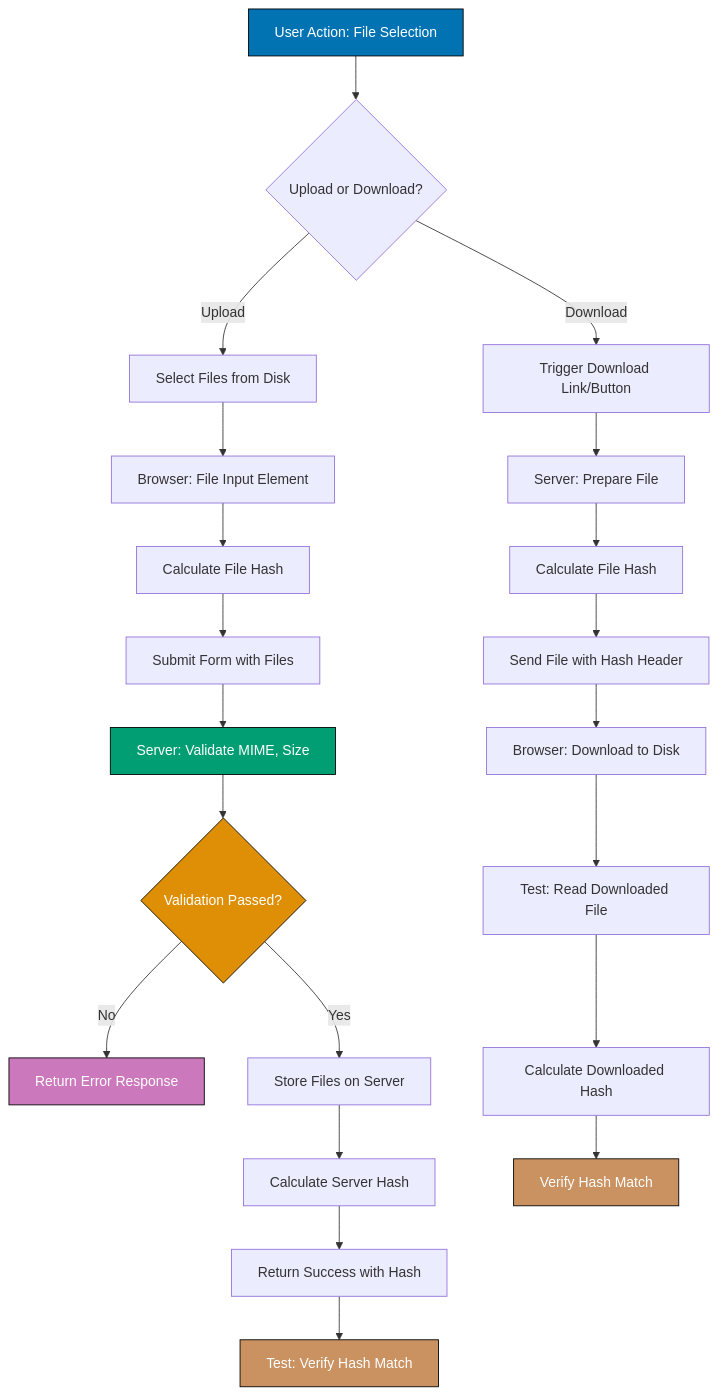
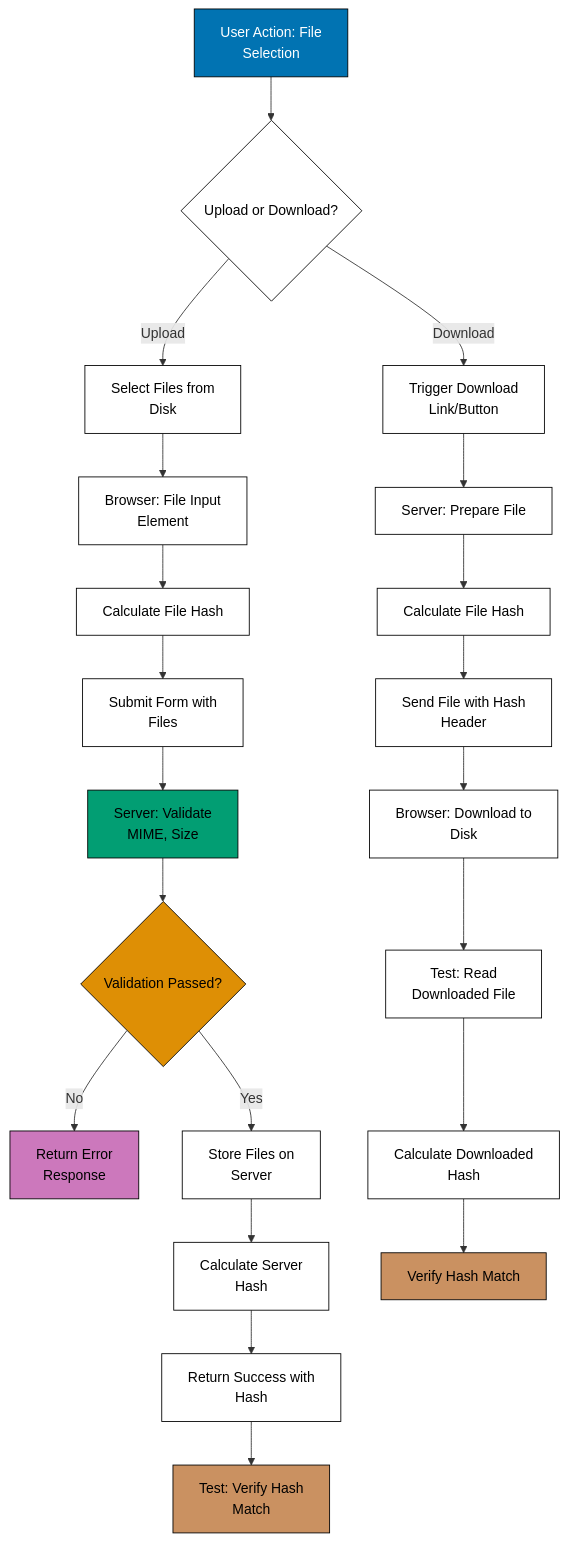
Before and after one commit to wahidyankf/ose-public: the diagram in apps/ayokoding-www/content/en/learn/legacy/software-engineering/automation-testing/tools/playwright/in-the-field/file-upload-download.md, drawn with Mermaid. The commit also changed 131 other files, not shown here.

First line of the commit message:
fix(mermaid): bring the legacy data, infrastructure, and testing diagrams onto the accessible palette

````diff
--- a/apps/ayokoding-www/content/en/learn/legacy/software-engineering/automation-testing/tools/playwright/in-the-field/file-upload-download.md
+++ b/apps/ayokoding-www/content/en/learn/legacy/software-engineering/automation-testing/tools/playwright/in-the-field/file-upload-download.md
@@ -402,32 +402,40 @@
 ```mermaid
 flowchart TD
-    A[User Action: File Selection] --> B{Upload or Download?}
-    B -->|Upload| C[Select Files from Disk]
-    B -->|Download| D[Trigger Download Link/Button]
+    accTitle: Production Framework: File Fixtures and Validation
+    accDescr: Flowchart with 21 nodes and 20 connections. Nodes: User Action: File Selection, Upload or Download?, Select Files from Disk, Trigger Download Link/Button, Browser: File Input Element, Calculate File Hash, Submit Form with Files, Server: Validate MIME, Size, Validation Passed?, Return Error Response, Store Files on Server, Calculate Server Hash, and 9 more. Connections: User Action: File Selection to Upload or Download?, Upload or Download? to Select Files from Disk (Upload), Upload or Download? to Trigger Download Link/Button (Download), Select Files from Disk to Browser: File Input Element, Browser: File Input Element to Calculate File Hash, Calculate File Hash to Submit Form with Files, Submit Form with Files to Server: Validate MIME, Size, Server: Validate MIME, Size to Validation Passed?, Validation Passed? to Return Error Response (No), Validation Passed? to Store Files on Server (Yes), Store Files on Server to Calculate Server Hash, Calculate Server Hash to Return Success with Hash, and 8 more.
+    A[User Action: File<br/>Selection] --> B{Upload or Download?}
+    B -->|Upload| C[Select Files from<br/>Disk]
+    B -->|Download| D[Trigger Download<br/>Link/Button]
 
-    C --> E[Browser: File Input Element]
+    C --> E[Browser: File Input<br/>Element]
     E --> F[Calculate File Hash]
-    F --> G[Submit Form with Files]
-    G --> H[Server: Validate MIME, Size]
+    F --> G[Submit Form with<br/>Files]
+    G --> H[Server: Validate<br/>MIME, Size]
     H --> I{Validation Passed?}
-    I -->|No| J[Return Error Response]
-    I -->|Yes| K[Store Files on Server]
-    K --> L[Calculate Server Hash]
-    L --> M[Return Success with Hash]
-    M --> N[Test: Verify Hash Match]
+    I -->|No| J[Return Error<br/>Response]
+    I -->|Yes| K[Store Files on<br/>Server]
+    K --> L[Calculate Server<br/>Hash]
+    L --> M[Return Success with<br/>Hash]
+    M --> N[Test: Verify Hash<br/>Match]
 
     D --> O[Server: Prepare File]
     O --> P[Calculate File Hash]
-    P --> Q[Send File with Hash Header]
-    Q --> R[Browser: Download to Disk]
-    R --> S[Test: Read Downloaded File]
-    S --> T[Calculate Downloaded Hash]
+    P --> Q[Send File with Hash<br/>Header]
+    Q --> R[Browser: Download to<br/>Disk]
+    R --> S[Test: Read<br/>Downloaded File]
+    S --> T[Calculate Downloaded<br/>Hash]
     T --> U[Verify Hash Match]
 
-    style A fill:#0173B2,stroke:#000,color:#fff
-    style H fill:#029E73,stroke:#000,color:#fff
-    style I fill:#DE8F05,stroke:#000,color:#fff
-    style J fill:#CC78BC,stroke:#000,color:#fff
-    style N fill:#CA9161,stroke:#000,color:#fff
-    style U fill:#CA9161,stroke:#000,color:#fff
+    classDef pal-0173B2 fill:#0173B2,stroke:#000000,color:#FFFFFF
+    class A pal-0173B2
+    classDef pal-029E73 fill:#029E73,stroke:#000000,color:#000000
+    class H pal-029E73
+    classDef pal-DE8F05 fill:#DE8F05,stroke:#000000,color:#000000
+    class I pal-DE8F05
+    classDef pal-CC78BC fill:#CC78BC,stroke:#000000,color:#000000
+    class J pal-CC78BC
+    classDef pal-CA9161 fill:#CA9161,stroke:#000000,color:#000000
+    class N pal-CA9161
+    class U pal-CA9161
+    classDef default fill:#FFFFFF,stroke:#000000,color:#000000
 ```
````
